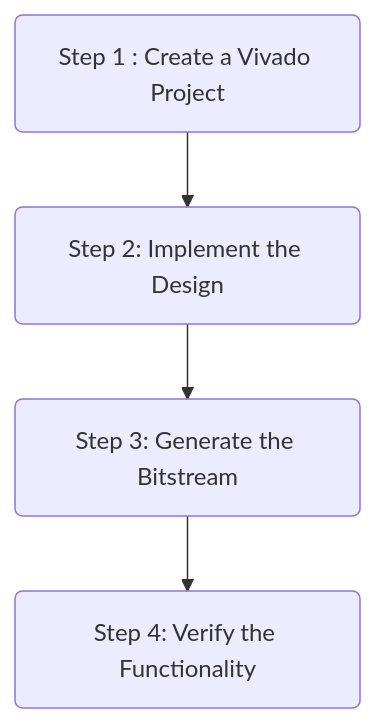
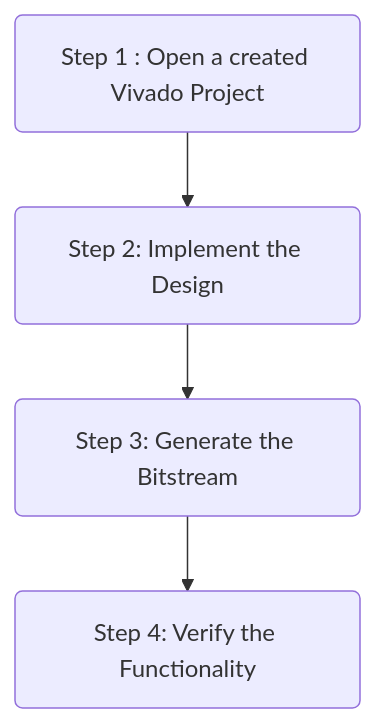
One commit to parimalp/FPGA-Design-Flow-using-Vivado changed the diagram in lab3.md. Above: the diagram before and after it, drawn with Mermaid. The commit also changed other lines of this file and 8 other files, not shown here.

````diff
--- a/lab3.md
+++ b/lab3.md
@@ -24,4 +24,4 @@
 ```mermaid
-flowchart 
-	1(Step 1 : Create a Vivado Project)-->2(Step 2: Implement the Design)-->3(Step 3: Generate the Bitstream)-->4(Step 4: Verify the Functionality)
+flowchart
+	1(Step 1 : Open a created Vivado Project)-->2(Step 2: Implement the Design)-->3(Step 3: Generate the Bitstream)-->4(Step 4: Verify the Functionality)
 ```
````
